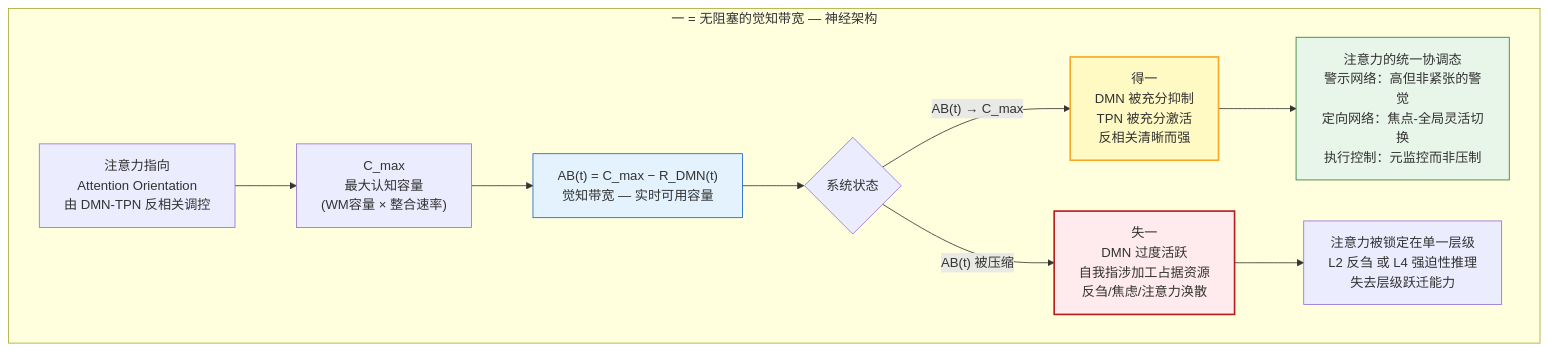
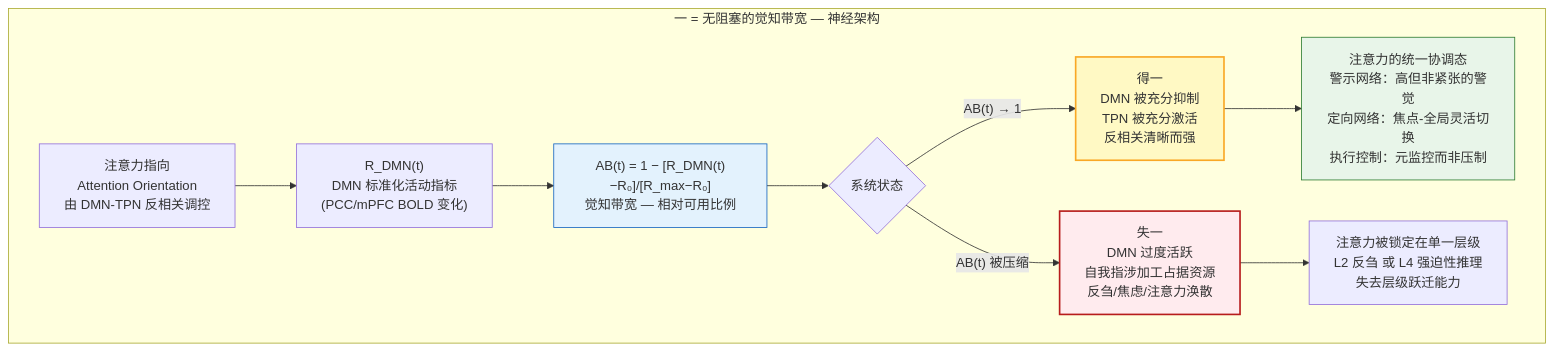
Before and after one commit to Ultima0369/dao-science: the diagram in 1_first_principles/02_one_as_bandwidth.md, drawn with Mermaid. The commit also changed other lines of this file and 25 other files, not shown here.

````diff
--- a/1_first_principles/02_one_as_bandwidth.md
+++ b/1_first_principles/02_one_as_bandwidth.md
@@ -54,17 +75,17 @@
 ```mermaid
 graph TD
     subgraph "一 = 无阻塞的觉知带宽 — 神经架构"
-        ARROW["注意力指向<br/>Attention Orientation<br/>由 DMN-TPN 反相关调控"] --> C_MAX["C_max<br/>最大认知容量<br/>(WM容量 × 整合速率)"]
-        C_MAX --> AB["AB(t) = C_max − R_DMN(t)<br/>觉知带宽 — 实时可用容量"]
+        ARROW["注意力指向<br/>Attention Orientation<br/>由 DMN-TPN 反相关调控"] --> C_MAX["R_DMN(t)<br/>DMN 标准化活动指标<br/>(PCC/mPFC BOLD 变化)"]
+        C_MAX --> AB["AB(t) = 1 − [R_DMN(t)−R₀]/[R_max−R₀]<br/>觉知带宽 — 相对可用比例"]
         AB --> STATE{"系统状态"}
-        STATE -->|"AB(t) → C_max"| ONE["得一<br/>DMN 被充分抑制<br/>TPN 被充分激活<br/>反相关清晰而强"]
+        STATE -->|"AB(t) → 1"| ONE["得一<br/>DMN 被充分抑制<br/>TPN 被充分激活<br/>反相关清晰而强"]
         STATE -->|"AB(t) 被压缩"| LOSE_ONE["失一<br/>DMN 过度活跃<br/>自我指涉加工占据资源<br/>反刍/焦虑/注意力涣散"]
         ONE --> FLOW["注意力的统一协调态<br/>警示网络：高但非紧张的警觉<br/>定向网络：焦点-全局灵活切换<br/>执行控制：元监控而非压制"]
         LOSE_ONE --> STUCK["注意力被锁定在单一层级<br/>L2 反刍 或 L4 强迫性推理<br/>失去层级跃迁能力"]
     end
     
     style ONE fill:#fff9c4,stroke:#f9a825,stroke-width:2px
     style LOSE_ONE fill:#ffebee,stroke:#b71c1c,stroke-width:2px
     style AB fill:#e3f2fd,stroke:#1565c0
     style FLOW fill:#e8f5e9,stroke:#2e7d32
 ```
````
